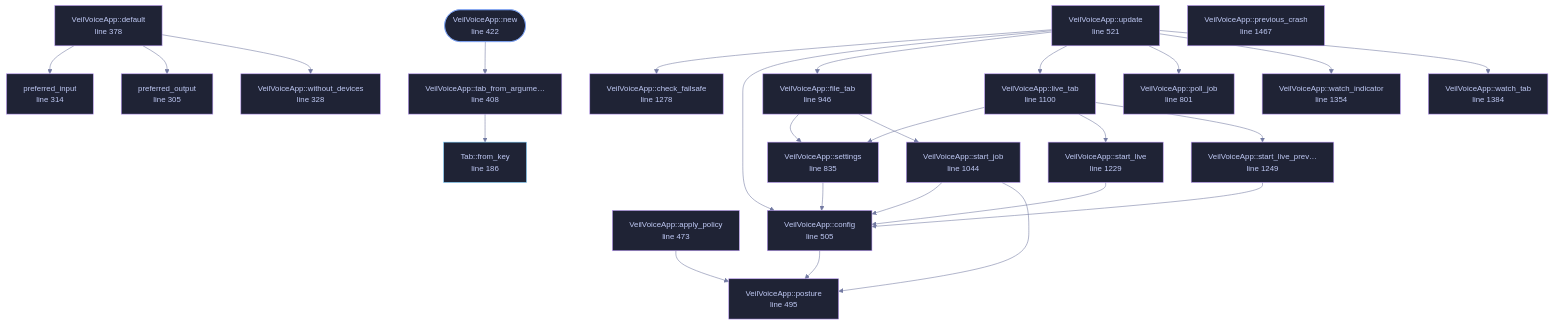
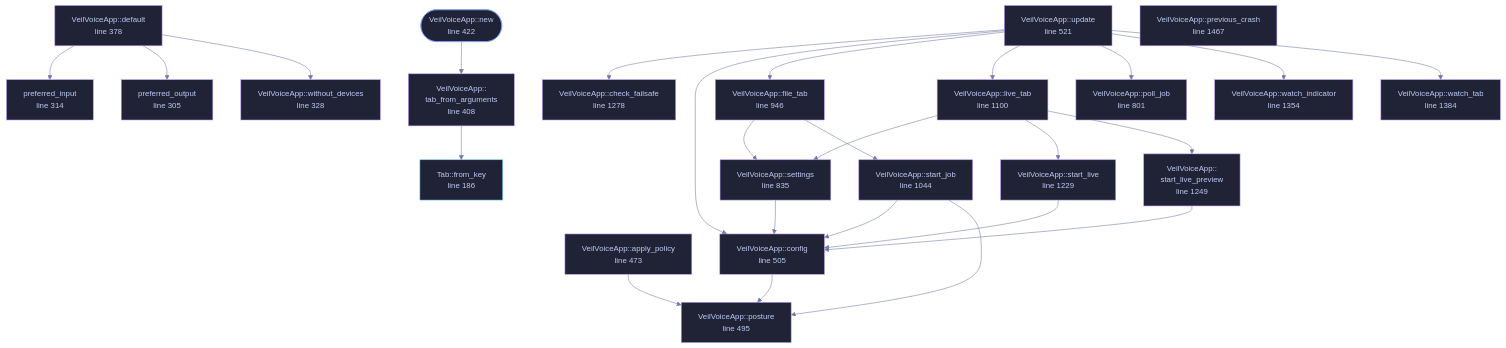
One commit to tilas01/veilvoice changed the diagram in wiki/File-veilvoice-gui-app.md. Above: the diagram before and after it, drawn with Mermaid. The commit also changed 348 other files, not shown here.

````diff
--- a/wiki/File-veilvoice-gui-app.md
+++ b/wiki/File-veilvoice-gui-app.md
@@ -165,78 +165,78 @@
 ```mermaid
 %%{init: {"theme":"base","themeVariables":{"background":"#1a1b26","primaryColor":"#1f2335","primaryTextColor":"#c0caf5","primaryBorderColor":"#7aa2f7","secondaryColor":"#16161e","tertiaryColor":"#16161e","lineColor":"#737aa2","textColor":"#c0caf5","mainBkg":"#1f2335","nodeBorder":"#7aa2f7","clusterBkg":"#16161e","clusterBorder":"#2f3549","fontFamily":"ui-monospace, SFMono-Regular, Consolas, monospace","fontSize":"14px"}}}%%
 flowchart TD
     n_from_key["Tab::from_key<br/>line 186"]
     n_preferred_output["preferred_output<br/>line 305"]
     n_preferred_input["preferred_input<br/>line 314"]
     n_without_devices["VeilVoiceApp::without_devices<br/>line 328"]
     n_default["VeilVoiceApp::default<br/>line 378"]
-    n_tab_from_arguments["VeilVoiceApp::tab_from_argume…<br/>line 408"]
+    n_tab_from_arguments["VeilVoiceApp::<br/>tab_from_arguments<br/>line 408"]
     n_new(["VeilVoiceApp::new<br/>line 422"])
     n_apply_policy["VeilVoiceApp::apply_policy<br/>line 473"]
     n_posture["VeilVoiceApp::posture<br/>line 495"]
     n_config["VeilVoiceApp::config<br/>line 505"]
     n_update["VeilVoiceApp::update<br/>line 521"]
     n_poll_job["VeilVoiceApp::poll_job<br/>line 801"]
     n_settings["VeilVoiceApp::settings<br/>line 835"]
     n_file_tab["VeilVoiceApp::file_tab<br/>line 946"]
     n_start_job["VeilVoiceApp::start_job<br/>line 1044"]
     n_live_tab["VeilVoiceApp::live_tab<br/>line 1100"]
     n_start_live["VeilVoiceApp::start_live<br/>line 1229"]
-    n_start_live_preview["VeilVoiceApp::start_live_prev…<br/>line 1249"]
+    n_start_live_preview["VeilVoiceApp::<br/>start_live_preview<br/>line 1249"]
     n_check_failsafe["VeilVoiceApp::check_failsafe<br/>line 1278"]
     n_watch_indicator["VeilVoiceApp::watch_indicator<br/>line 1354"]
     n_watch_tab["VeilVoiceApp::watch_tab<br/>line 1384"]
     n_previous_crash["VeilVoiceApp::previous_crash<br/>line 1467"]
     n_apply_policy --> n_posture
     n_config --> n_posture
     n_default --> n_preferred_input
     n_default --> n_preferred_output
     n_default --> n_without_devices
     n_file_tab --> n_settings
     n_file_tab --> n_start_job
     n_live_tab --> n_settings
     n_live_tab --> n_start_live
     n_live_tab --> n_start_live_preview
     n_new --> n_tab_from_arguments
     n_settings --> n_config
     n_start_job --> n_config
     n_start_job --> n_posture
     n_start_live --> n_config
     n_start_live_preview --> n_config
     n_tab_from_arguments --> n_from_key
     n_update --> n_check_failsafe
     n_update --> n_config
     n_update --> n_file_tab
     n_update --> n_live_tab
     n_update --> n_poll_job
     n_update --> n_watch_indicator
     n_update --> n_watch_tab
     click n_from_key href "https://github.com/tilas01/veilvoice/blob/main/crates/veilvoice-gui/src/app.rs#L186" "open the source"
     click n_preferred_output href "https://github.com/tilas01/veilvoice/blob/main/crates/veilvoice-gui/src/app.rs#L305" "open the source"
     click n_preferred_input href "https://github.com/tilas01/veilvoice/blob/main/crates/veilvoice-gui/src/app.rs#L314" "open the source"
     click n_without_devices href "https://github.com/tilas01/veilvoice/blob/main/crates/veilvoice-gui/src/app.rs#L328" "open the source"
     click n_default href "https://github.com/tilas01/veilvoice/blob/main/crates/veilvoice-gui/src/app.rs#L378" "open the source"
     click n_tab_from_arguments href "https://github.com/tilas01/veilvoice/blob/main/crates/veilvoice-gui/src/app.rs#L408" "open the source"
     click n_new href "https://github.com/tilas01/veilvoice/blob/main/crates/veilvoice-gui/src/app.rs#L422" "open the source"
     click n_apply_policy href "https://github.com/tilas01/veilvoice/blob/main/crates/veilvoice-gui/src/app.rs#L473" "open the source"
     click n_posture href "https://github.com/tilas01/veilvoice/blob/main/crates/veilvoice-gui/src/app.rs#L495" "open the source"
     click n_config href "https://github.com/tilas01/veilvoice/blob/main/crates/veilvoice-gui/src/app.rs#L505" "open the source"
     click n_update href "https://github.com/tilas01/veilvoice/blob/main/crates/veilvoice-gui/src/app.rs#L521" "open the source"
     click n_poll_job href "https://github.com/tilas01/veilvoice/blob/main/crates/veilvoice-gui/src/app.rs#L801" "open the source"
     click n_settings href "https://github.com/tilas01/veilvoice/blob/main/crates/veilvoice-gui/src/app.rs#L835" "open the source"
     click n_file_tab href "https://github.com/tilas01/veilvoice/blob/main/crates/veilvoice-gui/src/app.rs#L946" "open the source"
     click n_start_job href "https://github.com/tilas01/veilvoice/blob/main/crates/veilvoice-gui/src/app.rs#L1044" "open the source"
     click n_live_tab href "https://github.com/tilas01/veilvoice/blob/main/crates/veilvoice-gui/src/app.rs#L1100" "open the source"
     click n_start_live href "https://github.com/tilas01/veilvoice/blob/main/crates/veilvoice-gui/src/app.rs#L1229" "open the source"
     click n_start_live_preview href "https://github.com/tilas01/veilvoice/blob/main/crates/veilvoice-gui/src/app.rs#L1249" "open the source"
     click n_check_failsafe href "https://github.com/tilas01/veilvoice/blob/main/crates/veilvoice-gui/src/app.rs#L1278" "open the source"
     click n_watch_indicator href "https://github.com/tilas01/veilvoice/blob/main/crates/veilvoice-gui/src/app.rs#L1354" "open the source"
     click n_watch_tab href "https://github.com/tilas01/veilvoice/blob/main/crates/veilvoice-gui/src/app.rs#L1384" "open the source"
     click n_previous_crash href "https://github.com/tilas01/veilvoice/blob/main/crates/veilvoice-gui/src/app.rs#L1467" "open the source"
     classDef entry fill:#1f2335,stroke:#7aa2f7,color:#c0caf5
     class n_new entry
     classDef api fill:#1f2335,stroke:#7dcfff,color:#c0caf5
     class n_from_key api
     classDef helper fill:#1f2335,stroke:#bb9af7,color:#c0caf5
     class n_preferred_output,n_preferred_input,n_without_devices,n_default,n_tab_from_arguments,n_apply_policy,n_posture,n_config,n_update,n_poll_job,n_settings,n_file_tab,n_start_job,n_live_tab,n_start_live,n_start_live_preview,n_check_failsafe,n_watch_indicator,n_watch_tab,n_previous_crash helper
 ```
````
